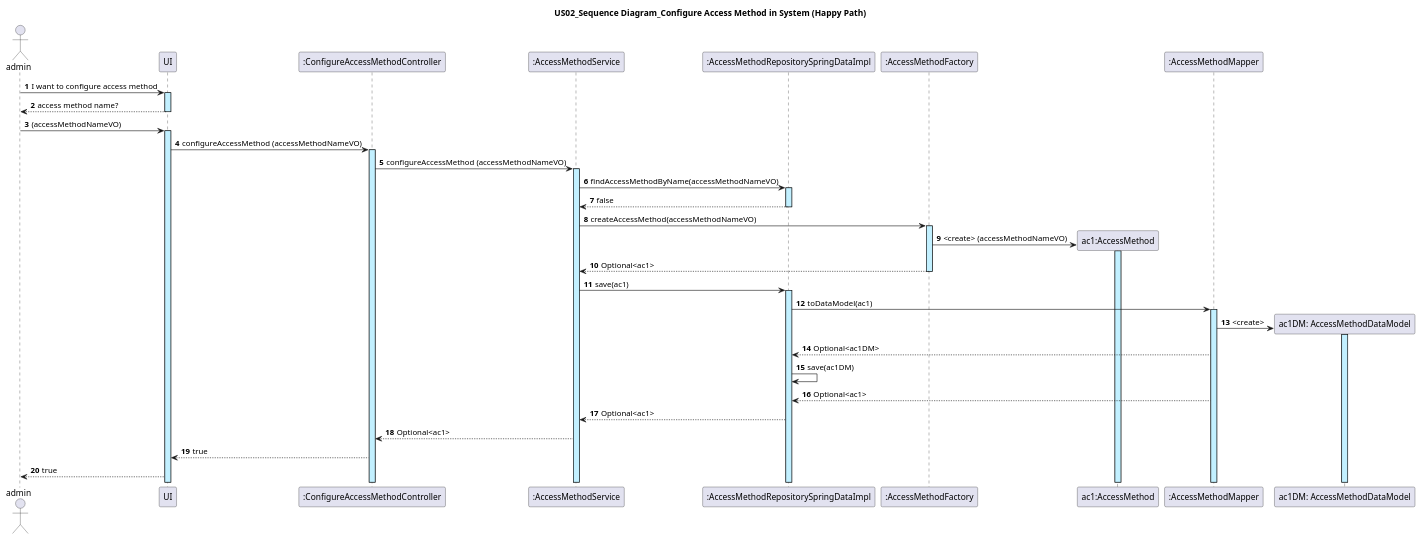
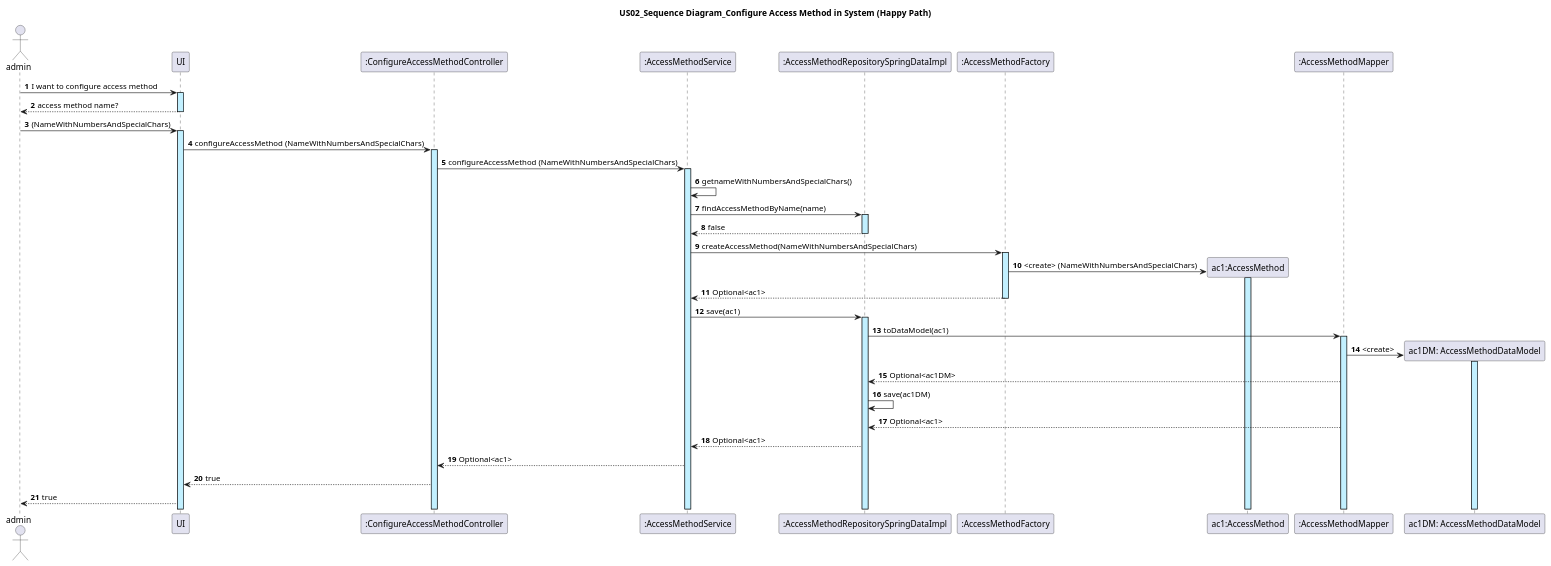
One commit to GasparISEP/DevOps-PAI changed the diagram in docs/US02/US02_ConfigureAccessMethod_JPA_SequenceDiagram.puml. Above: the diagram before and after it, drawn with PlantUML.

Commit message:
Change input name to the real name of the VO used for the name in Access Method and add method to get name before searching all access methods.refs #299

```diff
--- a/docs/US02/US02_ConfigureAccessMethod_JPA_SequenceDiagram.puml
+++ b/docs/US02/US02_ConfigureAccessMethod_JPA_SequenceDiagram.puml
@@ -1,31 +1,32 @@
 @startuml
 actor admin
 autonumber
 
 title: US02_Sequence Diagram_Configure Access Method in System (Happy Path)
 
 admin -> UI ++ #application : I want to configure access method
 UI --> admin -- : access method name?
-admin -> UI ++ #application :(accessMethodNameVO)
-UI -> ":ConfigureAccessMethodController" as ConfigureAccessMethodController ++ #application : configureAccessMethod (accessMethodNameVO)
+admin -> UI ++ #application :(NameWithNumbersAndSpecialChars)
+    UI -> ":ConfigureAccessMethodController" as ConfigureAccessMethodController ++ #application : configureAccessMethod (NameWithNumbersAndSpecialChars)
 
 
-ConfigureAccessMethodController -> ":AccessMethodService" ++ #application : configureAccessMethod (accessMethodNameVO)
-":AccessMethodService" -> ":AccessMethodRepositorySpringDataImpl" ++ #application:  findAccessMethodByName(accessMethodNameVO)
+ConfigureAccessMethodController -> ":AccessMethodService" ++ #application : configureAccessMethod (NameWithNumbersAndSpecialChars)
+":AccessMethodService" -> ":AccessMethodService": getnameWithNumbersAndSpecialChars()
+":AccessMethodService" -> ":AccessMethodRepositorySpringDataImpl" ++ #application:  findAccessMethodByName(name)
 ":AccessMethodRepositorySpringDataImpl" --> ":AccessMethodService" -- #application: false
-":AccessMethodService" -> ":AccessMethodFactory" as AccessMethodFactory ++ #application: createAccessMethod(accessMethodNameVO)
+":AccessMethodService" -> ":AccessMethodFactory" as AccessMethodFactory ++ #application: createAccessMethod(NameWithNumbersAndSpecialChars)
 create "ac1:AccessMethod" as AccessMethod
-AccessMethodFactory -> AccessMethod  ++ #application  : <create> (accessMethodNameVO)
+AccessMethodFactory -> AccessMethod  ++ #application  : <create> (NameWithNumbersAndSpecialChars)
 AccessMethodFactory --> ":AccessMethodService" -- : Optional<ac1>
 ":AccessMethodService" -> ":AccessMethodRepositorySpringDataImpl" ++ #application: save(ac1)
 ":AccessMethodRepositorySpringDataImpl" -> ":AccessMethodMapper" ++ #application: toDataModel(ac1)
 create "ac1DM: AccessMethodDataModel" as AccessMethodDataModel
 ":AccessMethodMapper" -> AccessMethodDataModel ++ #application: <create>
 ":AccessMethodMapper" --> ":AccessMethodRepositorySpringDataImpl": Optional<ac1DM>
 ":AccessMethodRepositorySpringDataImpl" -> ":AccessMethodRepositorySpringDataImpl": save(ac1DM)
 ":AccessMethodMapper" --> ":AccessMethodRepositorySpringDataImpl": Optional<ac1>
 ":AccessMethodRepositorySpringDataImpl" --> ":AccessMethodService": Optional<ac1>
 ":AccessMethodService" --> ConfigureAccessMethodController: Optional<ac1>
 ConfigureAccessMethodController --> UI: true
 UI --> admin: true
 @enduml
```
